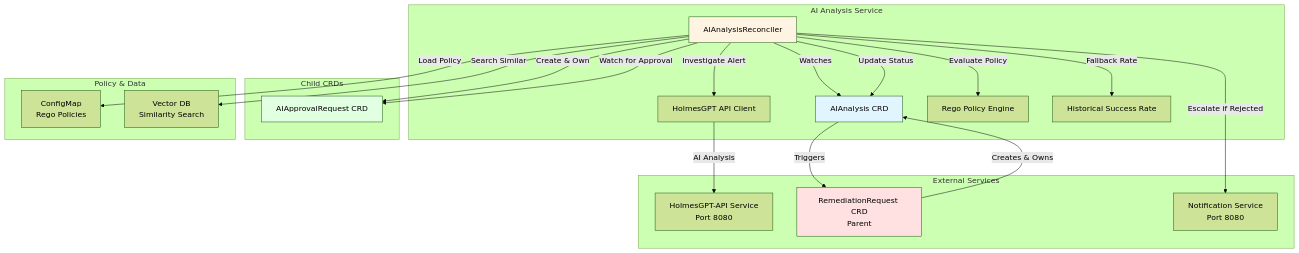
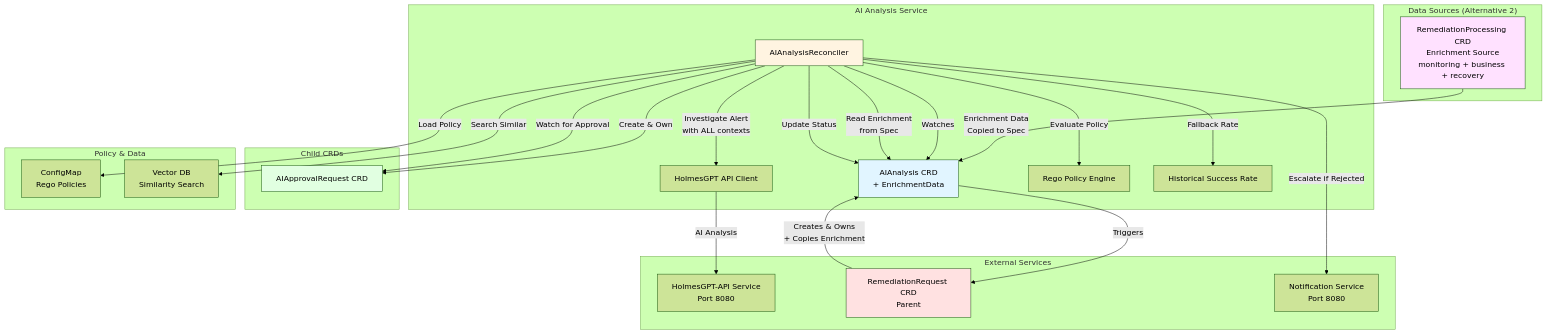
The first of 3 diagrams in docs/services/crd-controllers/02-aianalysis/overview.md (jordigilh/kubernaut), drawn with Mermaid (forest theme) before and after one commit. The commit also changed other lines of this file and 1 other file, not shown here.

First line of the commit message:
fix(docs): Remove problematic activate/deactivate in Mermaid diagrams

````diff
--- a/docs/services/crd-controllers/02-aianalysis/overview.md
+++ b/docs/services/crd-controllers/02-aianalysis/overview.md
@@ -30,44 +35,51 @@
 ```mermaid
 graph TB
     subgraph "AI Analysis Service"
-        AIA[AIAnalysis CRD]
+        AIA[AIAnalysis CRD<br/>+ EnrichmentData]
         Controller[AIAnalysisReconciler]
         HolmesAPI[HolmesGPT API Client]
         RegoEngine[Rego Policy Engine]
         HistoricalDB[Historical Success Rate]
     end
 
     subgraph "External Services"
         HolmesGPT[HolmesGPT-API Service<br/>Port 8080]
         AR[RemediationRequest CRD<br/>Parent]
         Notification[Notification Service<br/>Port 8080]
     end
 
+    subgraph "Data Sources (Alternative 2)"
+        RP[RemediationProcessing CRD<br/>Enrichment Source<br/>monitoring + business + recovery]
+    end
+
     subgraph "Child CRDs"
         Approval[AIApprovalRequest CRD]
     end
 
     subgraph "Policy & Data"
         CM[ConfigMap<br/>Rego Policies]
         VectorDB[Vector DB<br/>Similarity Search]
     end
 
-    AR -->|Creates & Owns| AIA
+    AR -->|Creates & Owns<br/>+ Copies Enrichment| AIA
+    RP -->|Enrichment Data<br/>Copied to Spec| AIA
     Controller -->|Watches| AIA
-    Controller -->|Investigate Alert| HolmesAPI
+    Controller -->|Read Enrichment<br/>from Spec| AIA
+    Controller -->|Investigate Alert<br/>with ALL contexts| HolmesAPI
     HolmesAPI -->|AI Analysis| HolmesGPT
     Controller -->|Load Policy| CM
     Controller -->|Evaluate Policy| RegoEngine
     Controller -->|Search Similar| VectorDB
     Controller -->|Fallback Rate| HistoricalDB
     Controller -->|Create & Own| Approval
     Controller -->|Watch for Approval| Approval
     Controller -->|Escalate if Rejected| Notification
     Controller -->|Update Status| AIA
     AIA -->|Triggers| AR
 
     style AIA fill:#e1f5ff
     style Controller fill:#fff4e1
     style AR fill:#ffe1e1
     style Approval fill:#e1ffe1
+    style RP fill:#ffe1ff
 ```
````
